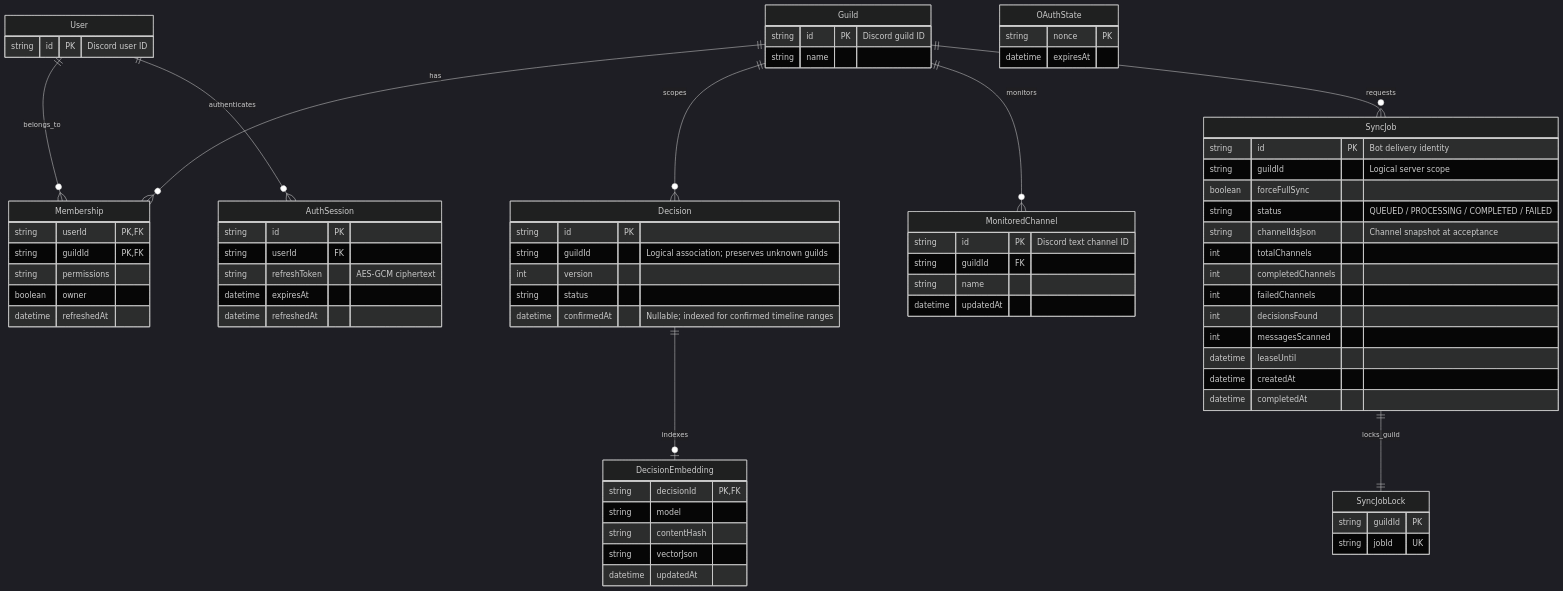
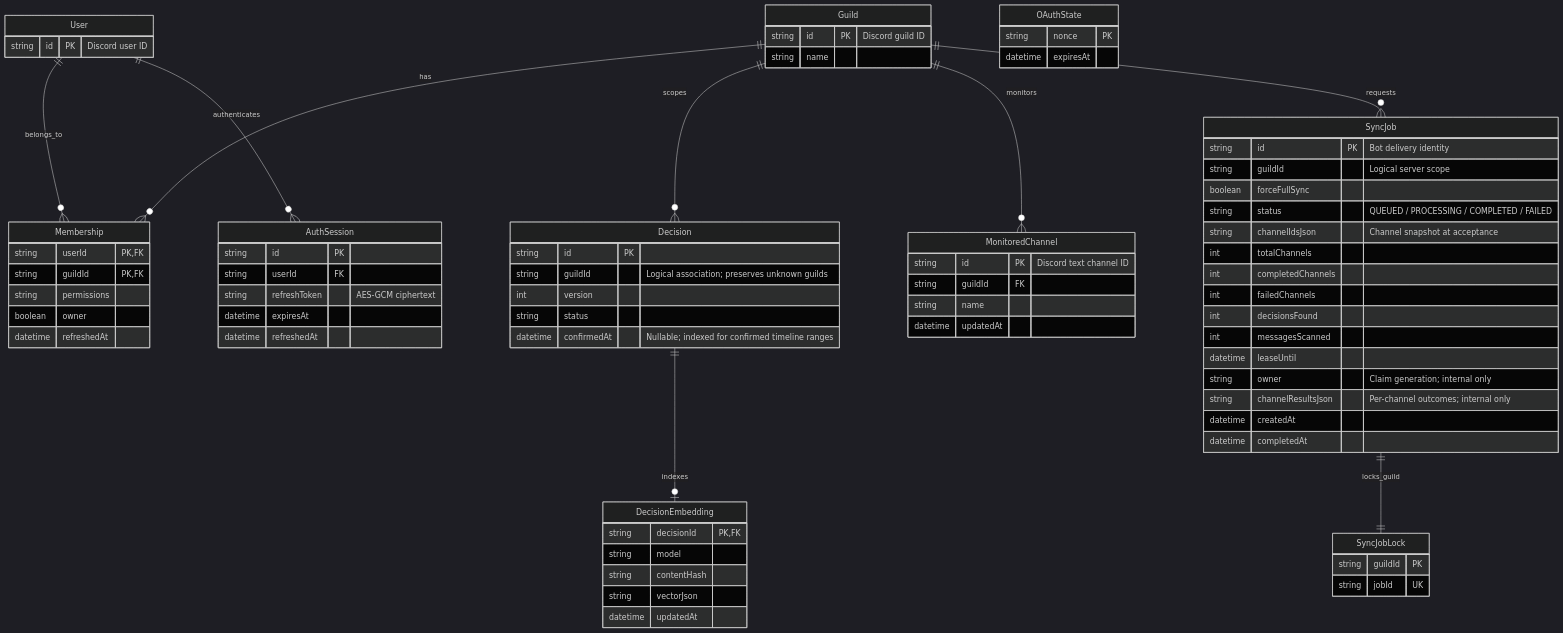
Before and after one commit to WooDDANG/ggadak: the diagram in docs/diagrams/v1-data-model.md, drawn with Mermaid (dark theme). The commit also changed other lines of this file and 35 other files, not shown here.

````diff
--- a/docs/diagrams/v1-data-model.md
+++ b/docs/diagrams/v1-data-model.md
@@ -3,75 +3,77 @@
 ```mermaid
 erDiagram
   Decision ||--o| DecisionEmbedding : indexes
   DecisionEmbedding {
     string decisionId PK,FK
     string model
     string contentHash
     string vectorJson
     datetime updatedAt
   }
   User ||--o{ Membership : belongs_to
   Guild ||--o{ Membership : has
   User ||--o{ AuthSession : authenticates
   Guild ||--o{ Decision : scopes
   Guild ||--o{ MonitoredChannel : monitors
   Guild ||--o{ SyncJob : requests
   SyncJob ||--|| SyncJobLock : locks_guild
   MonitoredChannel {
     string id PK "Discord text channel ID"
     string guildId FK
     string name
     datetime updatedAt
   }
   SyncJob {
     string id PK "Bot delivery identity"
     string guildId "Logical server scope"
     boolean forceFullSync
     string status "QUEUED / PROCESSING / COMPLETED / FAILED"
     string channelIdsJson "Channel snapshot at acceptance"
     int totalChannels
     int completedChannels
     int failedChannels
     int decisionsFound
     int messagesScanned
     datetime leaseUntil
+    string owner "Claim generation; internal only"
+    string channelResultsJson "Per-channel outcomes; internal only"
     datetime createdAt
     datetime completedAt
   }
   SyncJobLock {
     string guildId PK
     string jobId UK
   }
   User {
     string id PK "Discord user ID"
   }
   Guild {
     string id PK "Discord guild ID"
     string name
   }
   Membership {
     string userId PK,FK
     string guildId PK,FK
     string permissions
     boolean owner
     datetime refreshedAt
   }
   AuthSession {
     string id PK
     string userId FK
     string refreshToken "AES-GCM ciphertext"
     datetime expiresAt
     datetime refreshedAt
   }
   OAuthState {
     string nonce PK
     datetime expiresAt
   }
   Decision {
     string id PK
     string guildId "Logical association; preserves unknown guilds"
     int version
     string status
     datetime confirmedAt "Nullable; indexed for confirmed timeline ranges"
   }
 ```
````
